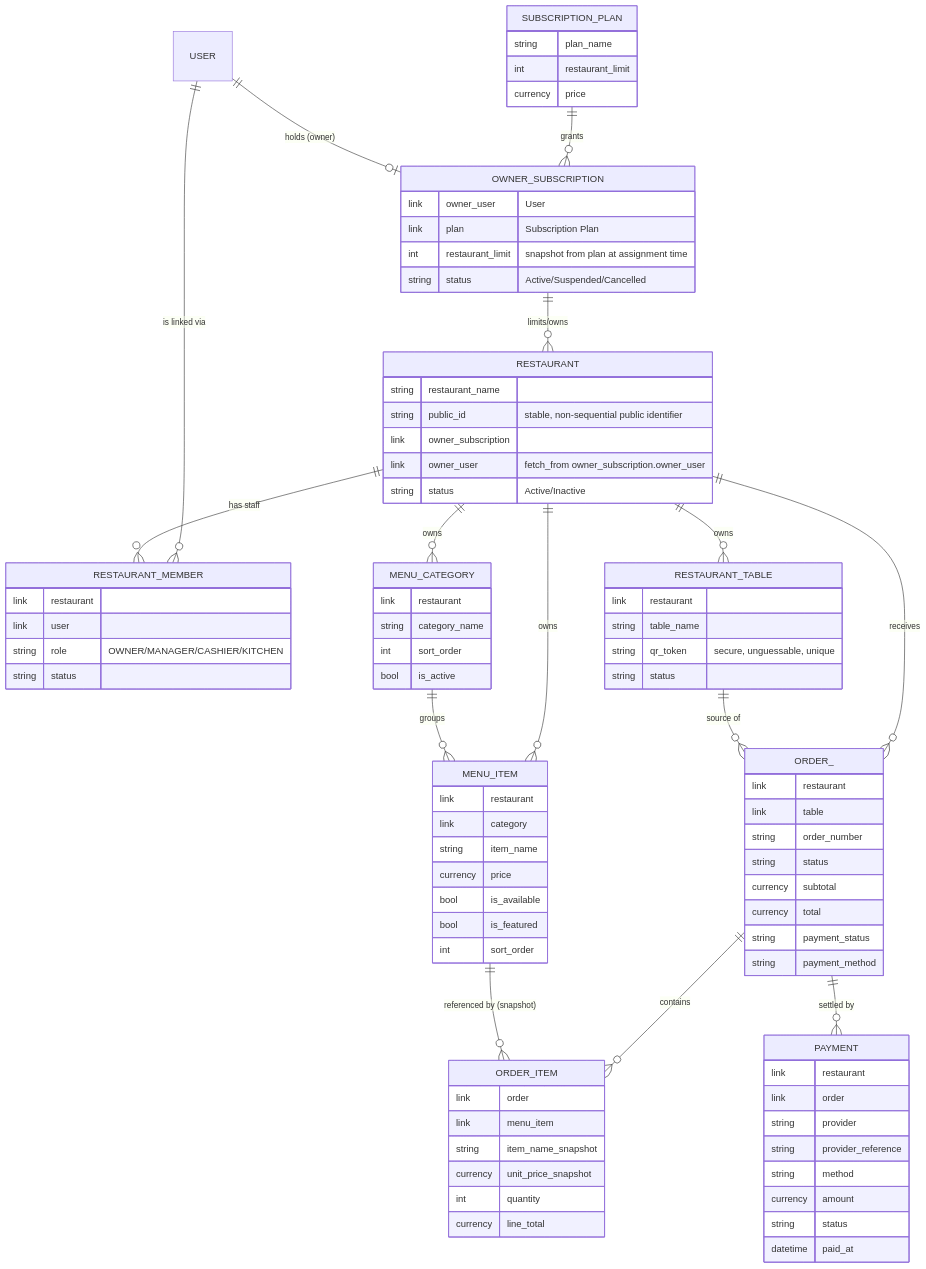
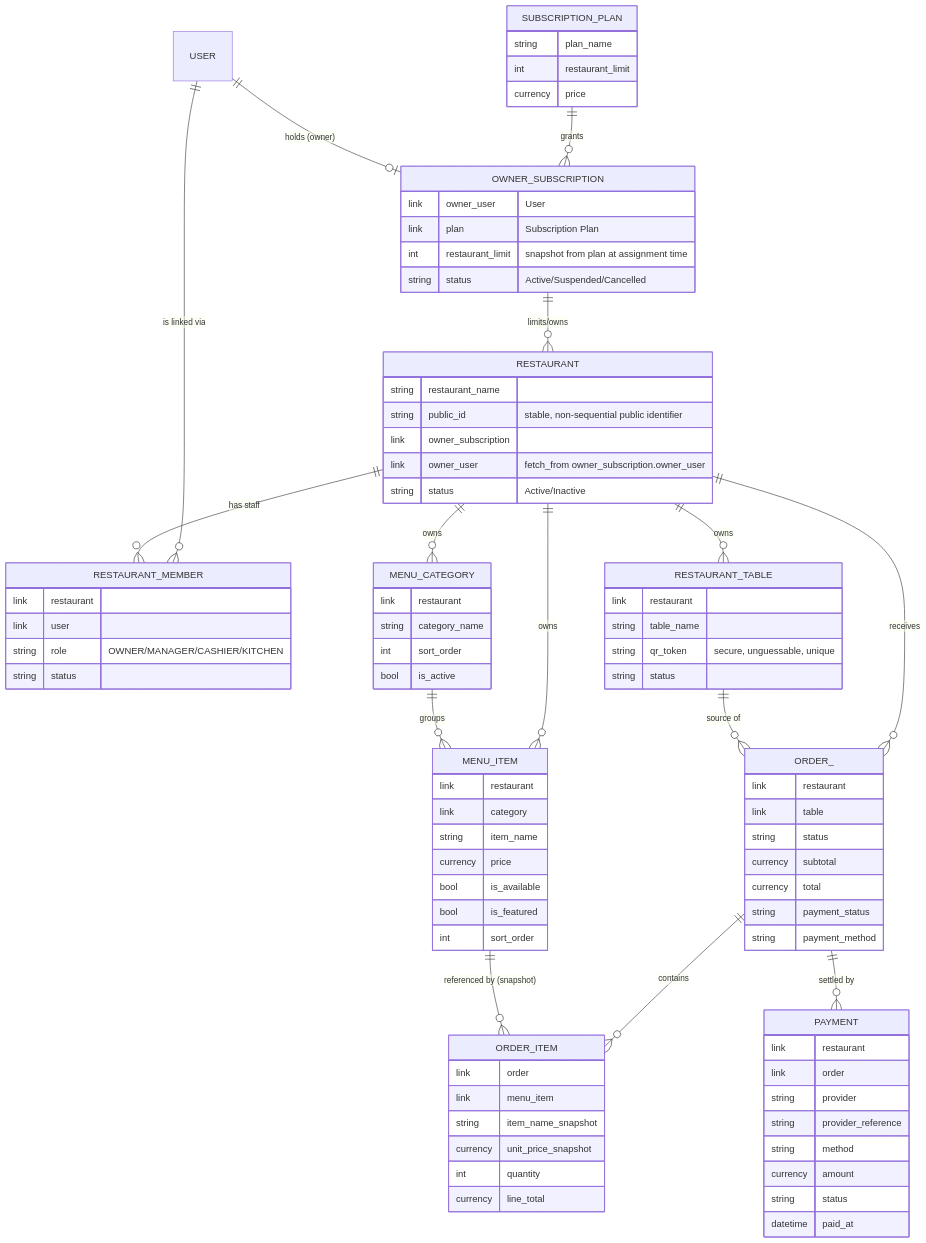
The diagram in docs/domain-model.md (kimsourly1912/frappe), drawn with Mermaid before and after one commit. The commit also changed other lines of this file and 17 other files, not shown here.

```diff
--- a/docs/domain-model.md
+++ b/docs/domain-model.md
@@ -75,7 +74,6 @@
     ORDER_ {
         link restaurant
         link table
-        string order_number
         string status
         currency subtotal
         currency total
```
